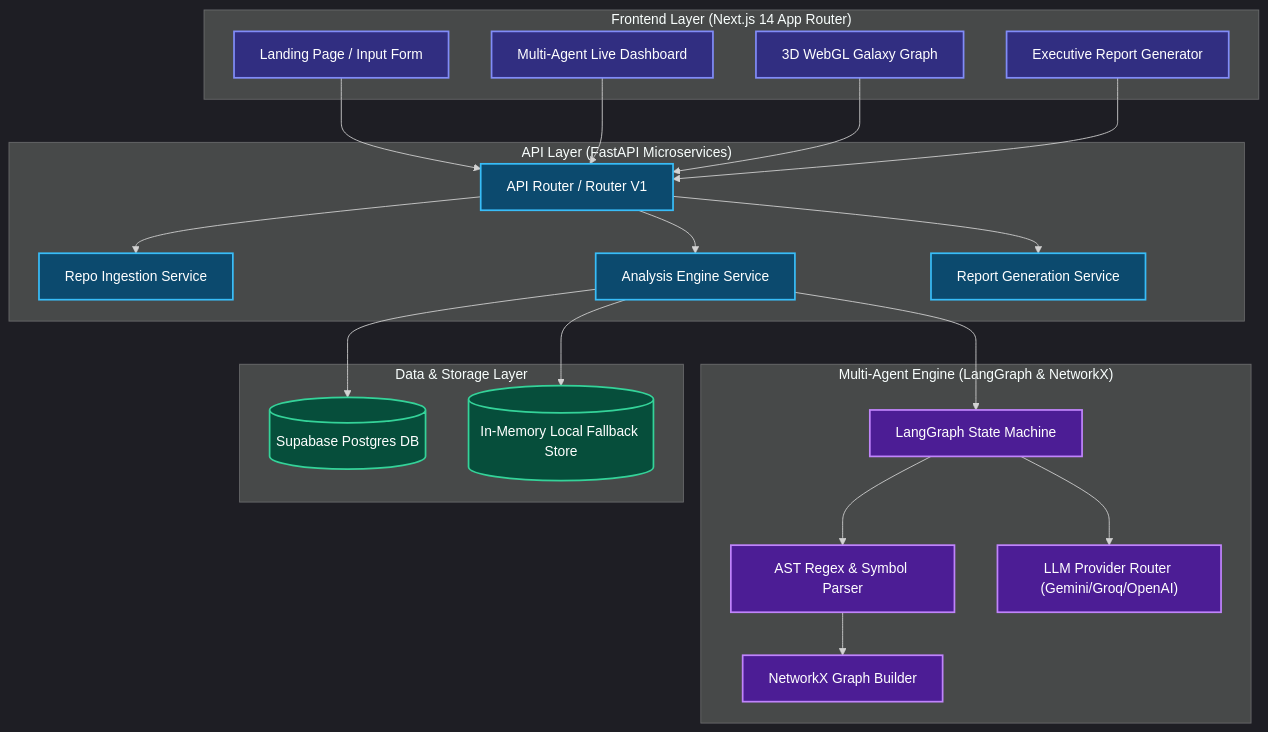
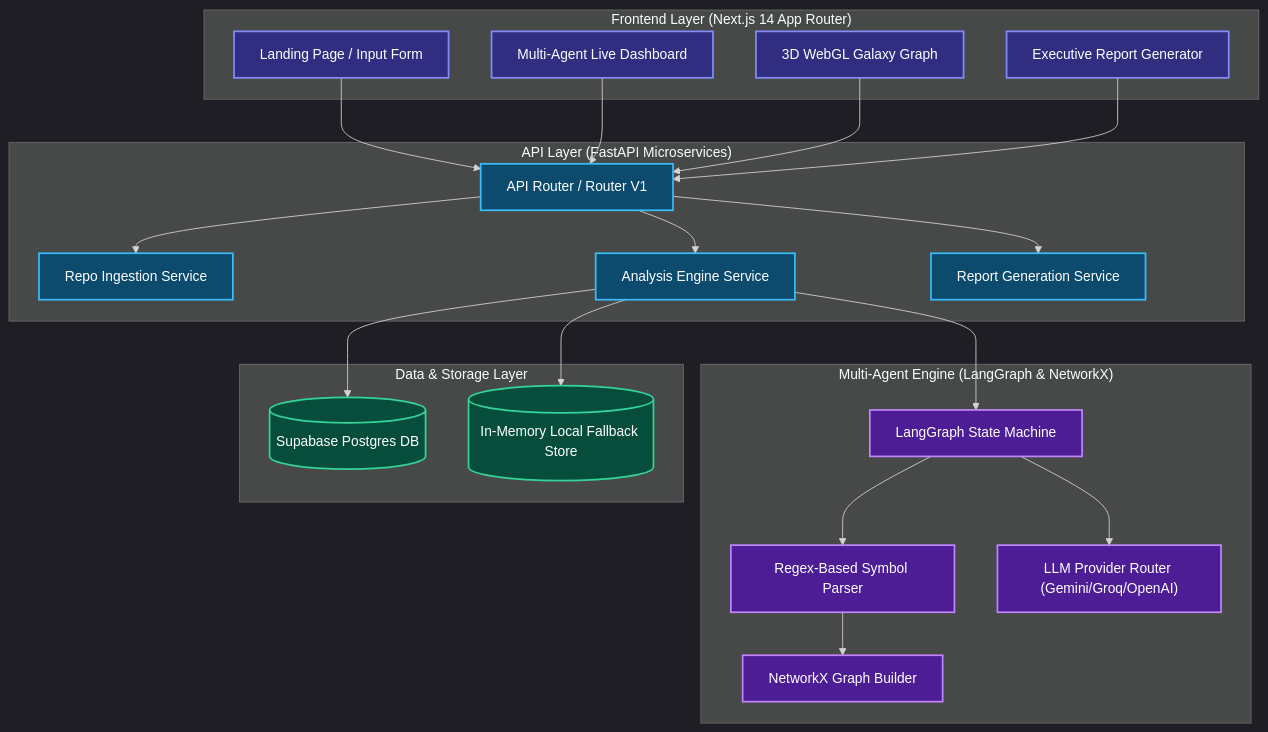
The second of 4 diagrams in README.md (himanshu-jadhav108/RepoMind-AI), drawn with Mermaid before and after one commit. The commit also changed other lines of this file and 3 other files, not shown here.

Commit message:
docs: add setup guide, agent definitions, and system architecture documentation

````diff
--- a/README.md
+++ b/README.md
@@ -272,52 +272,52 @@
 ```mermaid
 %%{init: {'theme': 'dark'}}%%
 flowchart TD
     classDef client fill:#312e81,stroke:#818cf8,stroke-width:2px,color:#ffffff;
     classDef api fill:#0c4a6e,stroke:#38bdf8,stroke-width:2px,color:#ffffff;
     classDef engine fill:#4c1d95,stroke:#c084fc,stroke-width:2px,color:#ffffff;
     classDef db fill:#064e3b,stroke:#34d399,stroke-width:2px,color:#ffffff;
 
     subgraph ClientLayer ["Frontend Layer (Next.js 14 App Router)"]
         UI["Landing Page / Input Form"]:::client
         Dashboard["Multi-Agent Live Dashboard"]:::client
         Graph3D["3D WebGL Galaxy Graph"]:::client
         ReportView["Executive Report Generator"]:::client
     end
 
     subgraph APILayer ["API Layer (FastAPI Microservices)"]
         Router["API Router / Router V1"]:::api
         IngestService["Repo Ingestion Service"]:::api
         AnalysisService["Analysis Engine Service"]:::api
         ReportService["Report Generation Service"]:::api
     end
 
     subgraph OrchestrationLayer ["Multi-Agent Engine (LangGraph & NetworkX)"]
         StateGraph["LangGraph State Machine"]:::engine
-        ASTEngine["AST Regex & Symbol Parser"]:::engine
+        SymbolEngine["Regex-Based Symbol Parser"]:::engine
         NetworkX["NetworkX Graph Builder"]:::engine
         ProviderRouter["LLM Provider Router (Gemini/Groq/OpenAI)"]:::engine
     end
 
 
     subgraph DataLayer ["Data & Storage Layer"]
         Supabase[("Supabase Postgres DB")]:::db
         InMemory[("In-Memory Local Fallback Store")]:::db
     end
 
     UI --> Router
     Dashboard --> Router
     Graph3D --> Router
     ReportView --> Router
 
     Router --> IngestService
     Router --> AnalysisService
     Router --> ReportService
 
     AnalysisService --> StateGraph
-    StateGraph --> ASTEngine
-    ASTEngine --> NetworkX
+    StateGraph --> SymbolEngine
+    SymbolEngine --> NetworkX
     StateGraph --> ProviderRouter
 
     AnalysisService --> Supabase
     AnalysisService --> InMemory
 ```
````
